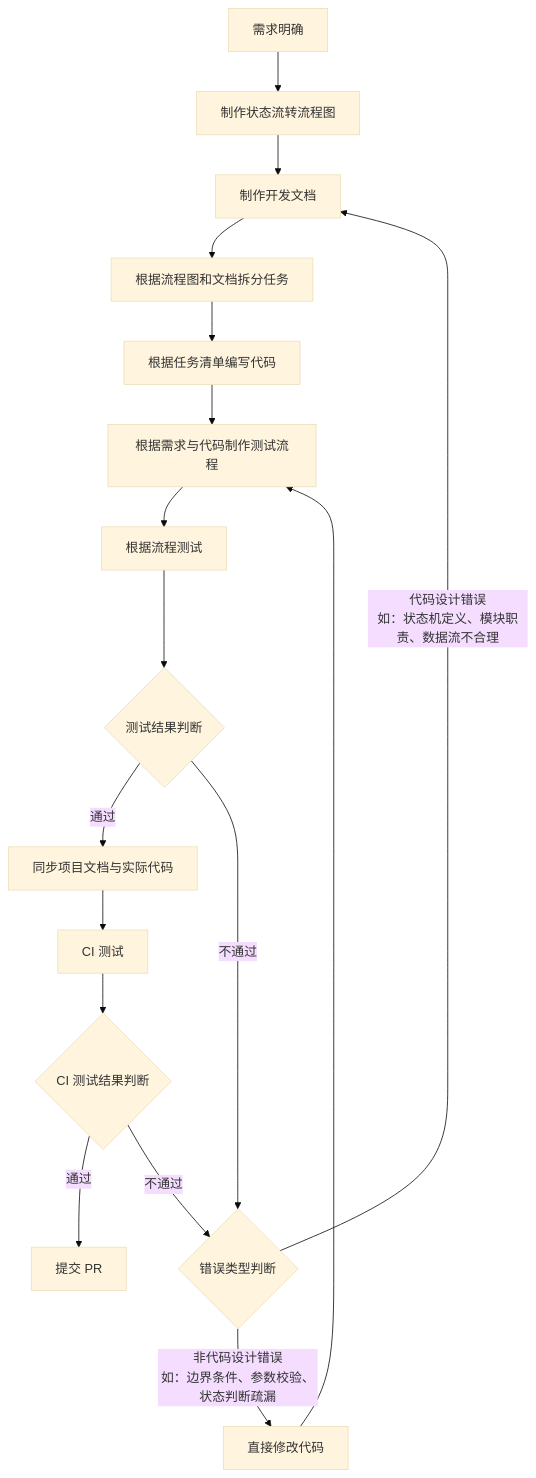
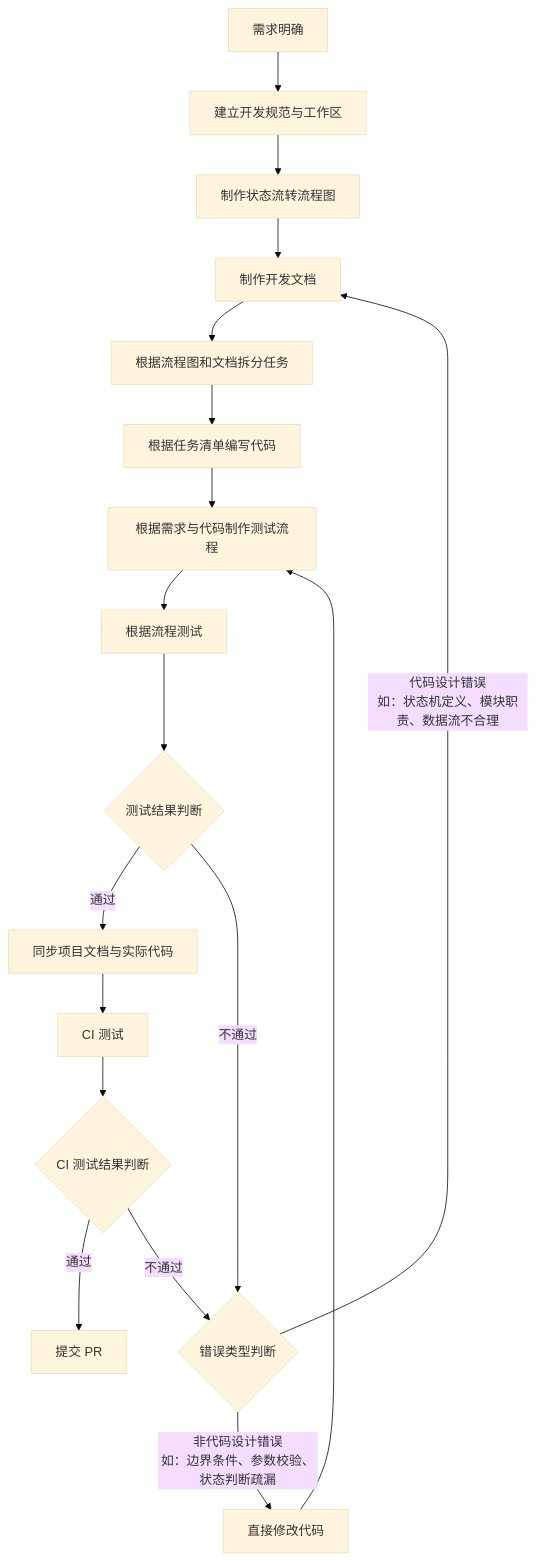
Before and after one commit to liuxiaokang39-ctrl/From-Issue-To-PR-Plugin: the diagram in docs/项目架构.md, drawn with Mermaid (base theme). The commit also changed other lines of this file and 19 other files, not shown here.

````diff
--- a/docs/项目架构.md
+++ b/docs/项目架构.md
@@ -28,24 +30,25 @@
 ```mermaid
 flowchart TD
-    A[需求明确] --> B[制作状态流转流程图]
+    A[需求明确] --> A2[建立开发规范与工作区]
+    A2 --> B[制作状态流转流程图]
     B --> C[制作开发文档]
     C --> D[根据流程图和文档拆分任务]
     D --> E[根据任务清单编写代码]
     E --> F[根据需求与代码制作测试流程]
     F --> G[根据流程测试]
     G --> H{测试结果判断}
 
     H -- 通过 --> I[同步项目文档与实际代码]
     H -- 不通过 --> J{错误类型判断}
 
     J -- 非代码设计错误<br/>如：边界条件、参数校验、状态判断疏漏 --> K[直接修改代码]
     K --> F
 
     J -- 代码设计错误<br/>如：状态机定义、模块职责、数据流不合理 --> C
 
     I --> L[CI 测试]
     L --> M{CI 测试结果判断}
 
     M -- 通过 --> N[提交 PR]
     M -- 不通过 --> J
 ```
````
